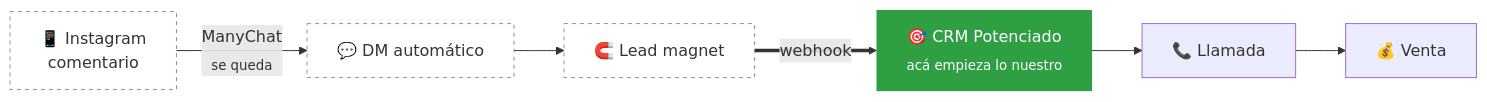
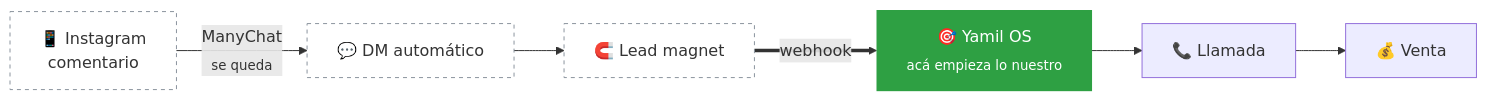
The sixth of 6 diagrams in README.md (sabathstoreco/crm-potenciado), drawn with Mermaid before and after one commit. The commit also changed other lines of this file and 5 other files, not shown here.

````diff
--- a/README.md
+++ b/README.md
@@ -343,13 +344,13 @@
 ```mermaid
 flowchart LR
     A["📱 Instagram<br/>comentario"] -->|ManyChat<br/><sub>se queda</sub>| B["💬 DM automático"]
     B --> C["🧲 Lead magnet"]
-    C ==>|webhook| D["🎯 CRM Potenciado<br/><sub>acá empieza lo nuestro</sub>"]
+    C ==>|webhook| D["🎯 Yamil OS<br/><sub>acá empieza lo nuestro</sub>"]
     D --> E["📞 Llamada"]
     E --> F["💰 Venta"]
 
     style D fill:#2ea043,stroke:none,color:#fff
     style A fill:none,stroke:#8b949e,stroke-dasharray: 4 4
     style B fill:none,stroke:#8b949e,stroke-dasharray: 4 4
     style C fill:none,stroke:#8b949e,stroke-dasharray: 4 4
 ```
````
